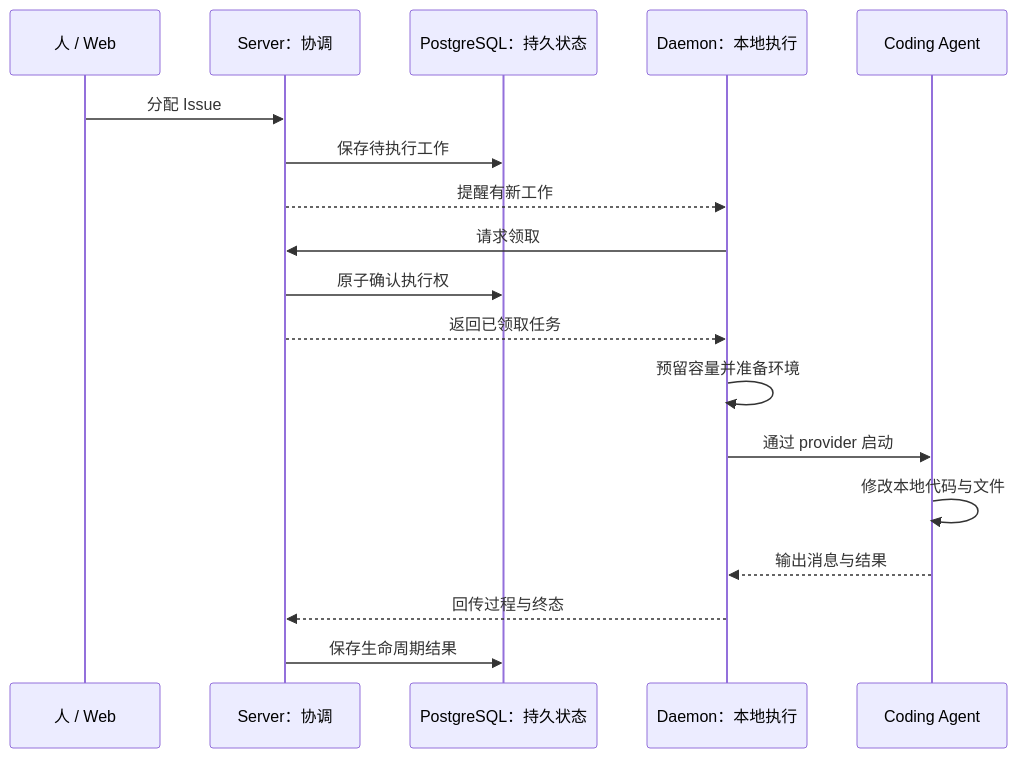
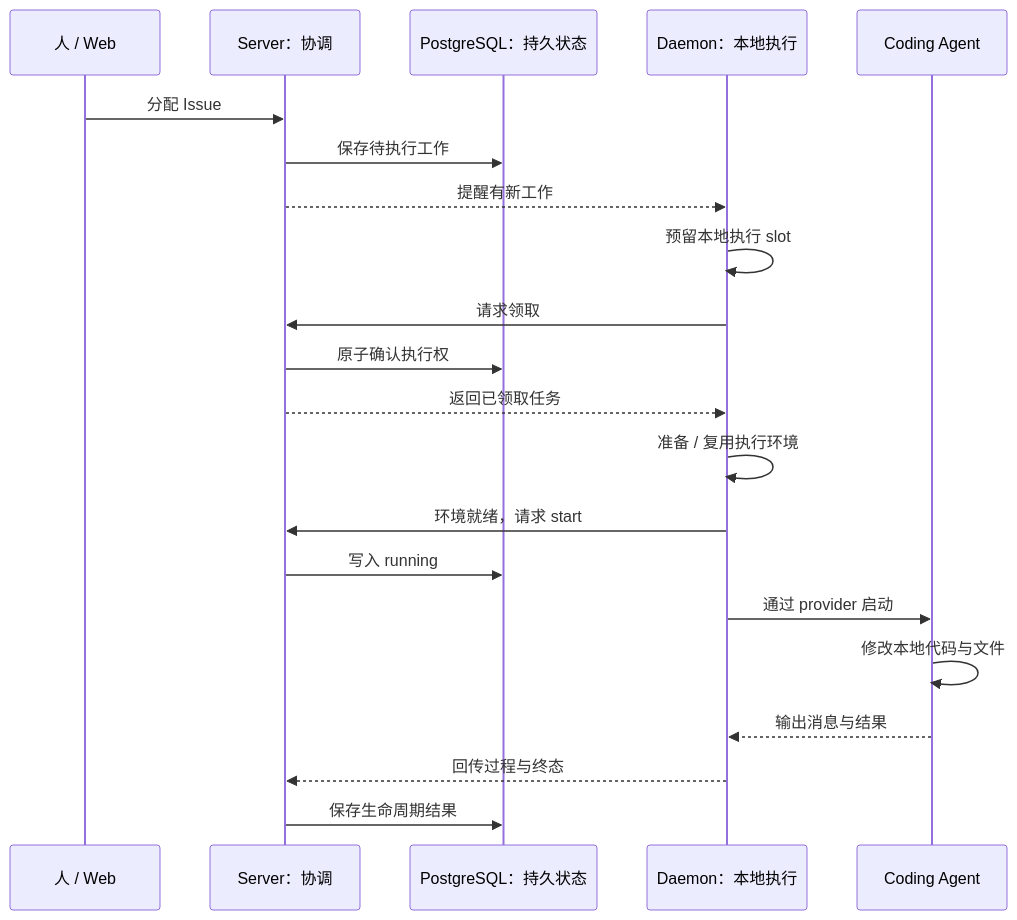
The fifth of 5 diagrams in site/src/content/tutorials/run-lifecycle.mdx (QinWeijia111/multica-learning), drawn with Mermaid before and after one commit. The commit also changed other lines of this file and 1 other file, not shown here.

Commit message:
docs: fix run claim teaching sequence

````diff
--- a/site/src/content/tutorials/run-lifecycle.mdx
+++ b/site/src/content/tutorials/run-lifecycle.mdx
@@ -292,21 +294,24 @@
 ```mermaid
 sequenceDiagram
     participant H as 人 / Web
     participant S as Server：协调
     participant DB as PostgreSQL：持久状态
     participant D as Daemon：本地执行
     participant A as Coding Agent
 
     H->>S: 分配 Issue
     S->>DB: 保存待执行工作
     S-->>D: 提醒有新工作
+    D->>D: 预留本地执行 slot
     D->>S: 请求领取
     S->>DB: 原子确认执行权
     S-->>D: 返回已领取任务
-    D->>D: 预留容量并准备环境
+    D->>D: 准备 / 复用执行环境
+    D->>S: 环境就绪，请求 start
+    S->>DB: 写入 running
     D->>A: 通过 provider 启动
     A->>A: 修改本地代码与文件
     A-->>D: 输出消息与结果
     D-->>S: 回传过程与终态
     S->>DB: 保存生命周期结果
 ```
````
